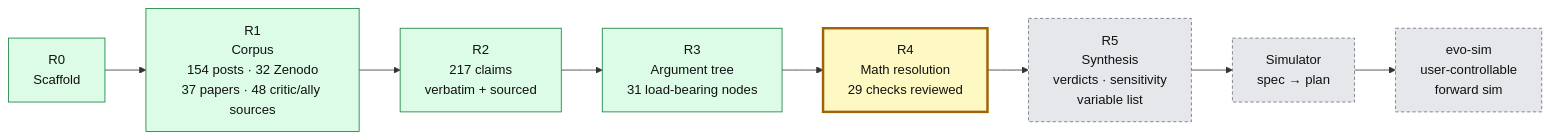
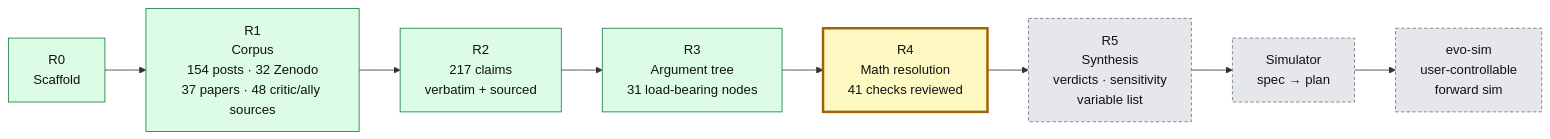
The second of 2 diagrams in README.md (nickallevato/evo-sim), drawn with Mermaid before and after one commit. The commit also changed 20 other files, not shown here.

````diff
--- a/README.md
+++ b/README.md
@@ -229,14 +229,14 @@
 ```mermaid
 flowchart LR
   R0["R0<br/>Scaffold"]:::done --> R1["R1<br/>Corpus<br/>154 posts · 32 Zenodo<br/>37 papers · 48 critic/ally sources"]:::done
   R1 --> R2["R2<br/>217 claims<br/>verbatim + sourced"]:::done
   R2 --> R3["R3<br/>Argument tree<br/>31 load-bearing nodes"]:::done
-  R3 --> R4["R4<br/>Math resolution<br/>29 checks reviewed"]:::active
+  R3 --> R4["R4<br/>Math resolution<br/>41 checks reviewed"]:::active
   R4 --> R5["R5<br/>Synthesis<br/>verdicts · sensitivity<br/>variable list"]:::todo
   R5 --> S1["Simulator<br/>spec → plan"]:::todo
   S1 --> S2["evo-sim<br/>user-controllable<br/>forward sim"]:::todo
 
   classDef done fill:#dcfce7,stroke:#15803d,color:#111
   classDef active fill:#fef9c3,stroke:#a16207,stroke-width:3px,color:#111
   classDef todo fill:#e5e7eb,stroke:#6b7280,color:#111,stroke-dasharray:4 3
 ```
````
